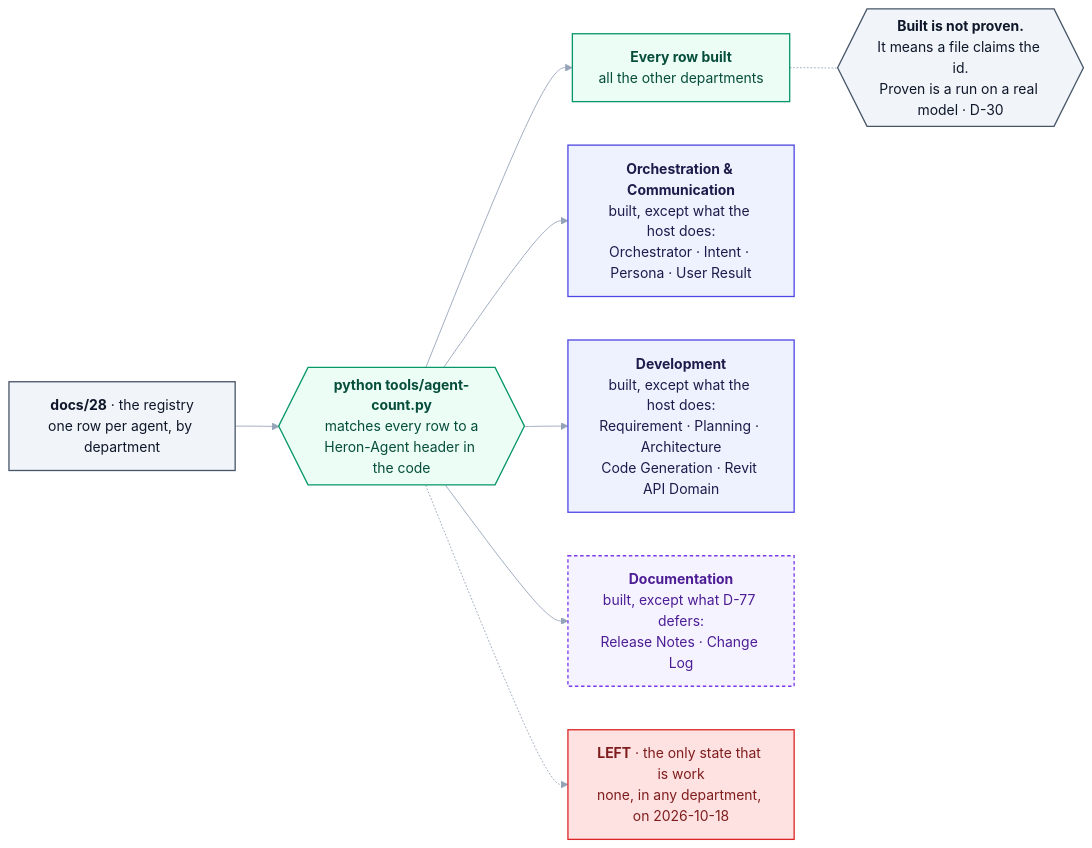
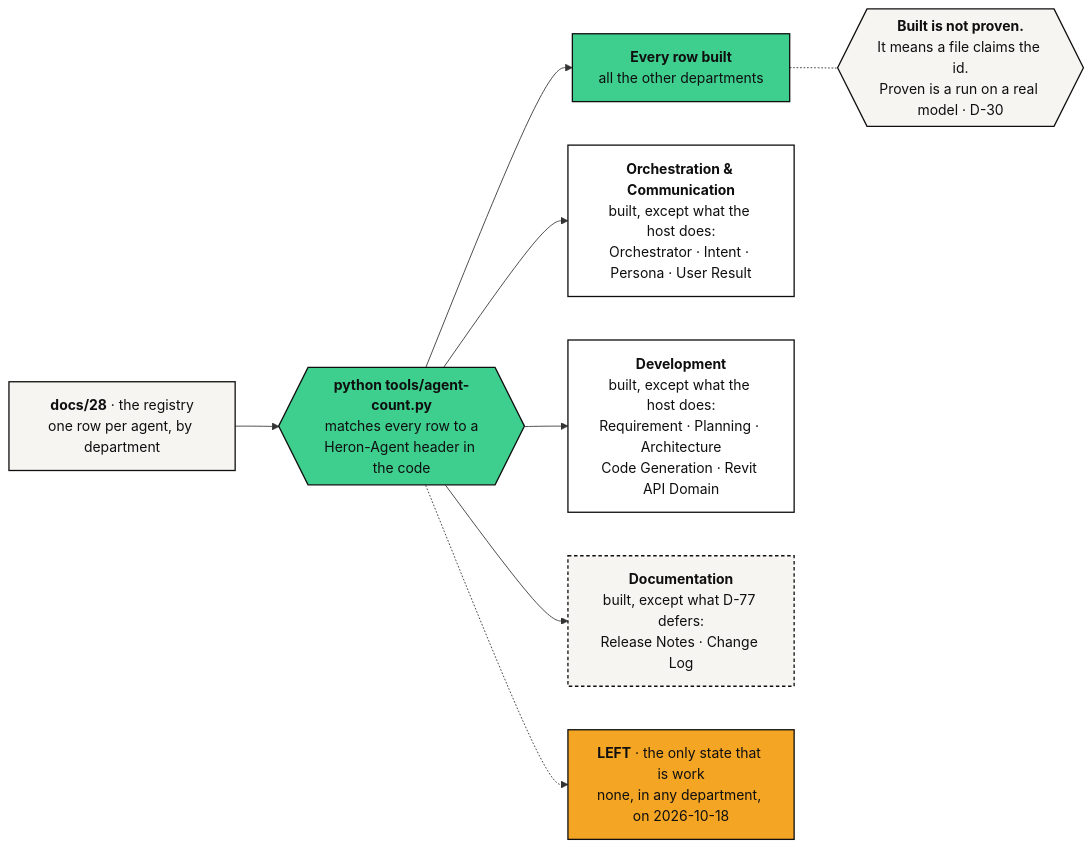
One commit to Ajmalpshaik/Heron-AI changed the diagram in docs/08-agent-catalog.md. Above: the diagram before and after it, drawn with Mermaid. The commit also changed other lines of this file and 44 other files, not shown here.

First line of the commit message:
Diagrams in the other docs move to the brand palette (D-149, #1116)

````diff
--- a/docs/08-agent-catalog.md
+++ b/docs/08-agent-catalog.md
@@ -25,31 +25,30 @@
 ```mermaid
-%%{init: {"themeVariables": {"edgeLabelBackground":"#F1F5F9","lineColor":"#94A3B8","textColor":"#0F172A","tertiaryTextColor":"#0F172A"}}}%%
 flowchart LR
     REG["<b>docs/28</b> · the registry<br/>one row per agent, by department"]
     AC{{"<b>python tools/agent-count.py</b><br/>matches every row to a<br/>Heron-Agent header in the code"}}
     ALL["<b>Every row built</b><br/>all the other departments"]
     ORC["<b>Orchestration & Communication</b><br/>built, except what the host does:<br/>Orchestrator · Intent · Persona · User Result"]
     DEV["<b>Development</b><br/>built, except what the host does:<br/>Requirement · Planning · Architecture<br/>Code Generation · Revit API Domain"]
     DOC["<b>Documentation</b><br/>built, except what D-77 defers:<br/>Release Notes · Change Log"]
     LEFT["<b>LEFT</b> · the only state that is work<br/>none, in any department, on 2026-10-18"]
     NP{{"<b>Built is not proven.</b><br/>It means a file claims the id.<br/>Proven is a run on a real model · D-30"}}
 
     REG --> AC
     AC --> ALL
     AC --> ORC
     AC --> DEV
     AC --> DOC
     AC -.-> LEFT
     ALL -.- NP
 
-    classDef user fill:#F1F5F9,stroke:#475569,stroke-width:1.5px,color:#0F172A
-    classDef host fill:#EEF2FF,stroke:#4F46E5,stroke-width:1.5px,color:#1E1B4B
-    classDef brain fill:#ECFDF5,stroke:#059669,stroke-width:1.5px,color:#064E3B
-    classDef revit fill:#FEE2E2,stroke:#DC2626,stroke-width:1.5px,color:#7F1D1D
-    classDef plat fill:#F5F3FF,stroke:#7C3AED,stroke-width:1.5px,color:#4C1D95,stroke-dasharray:4 3
+    classDef user fill:#F7F5F2,stroke:#0F0F10,stroke-width:1.5px,color:#0F0F10
+    classDef host fill:#FFFFFF,stroke:#0F0F10,stroke-width:1.5px,color:#0F0F10
+    classDef brain fill:#3ECF8E,stroke:#0F0F10,stroke-width:1.5px,color:#0F0F10
+    classDef revit fill:#F5A524,stroke:#0F0F10,stroke-width:1.5px,color:#0F0F10
+    classDef plat fill:#F7F5F2,stroke:#0F0F10,stroke-width:1.5px,color:#0F0F10,stroke-dasharray:4 3
     class REG,NP user
     class AC,ALL brain
     class ORC,DEV host
     class DOC plat
     class LEFT revit
 ```
````
